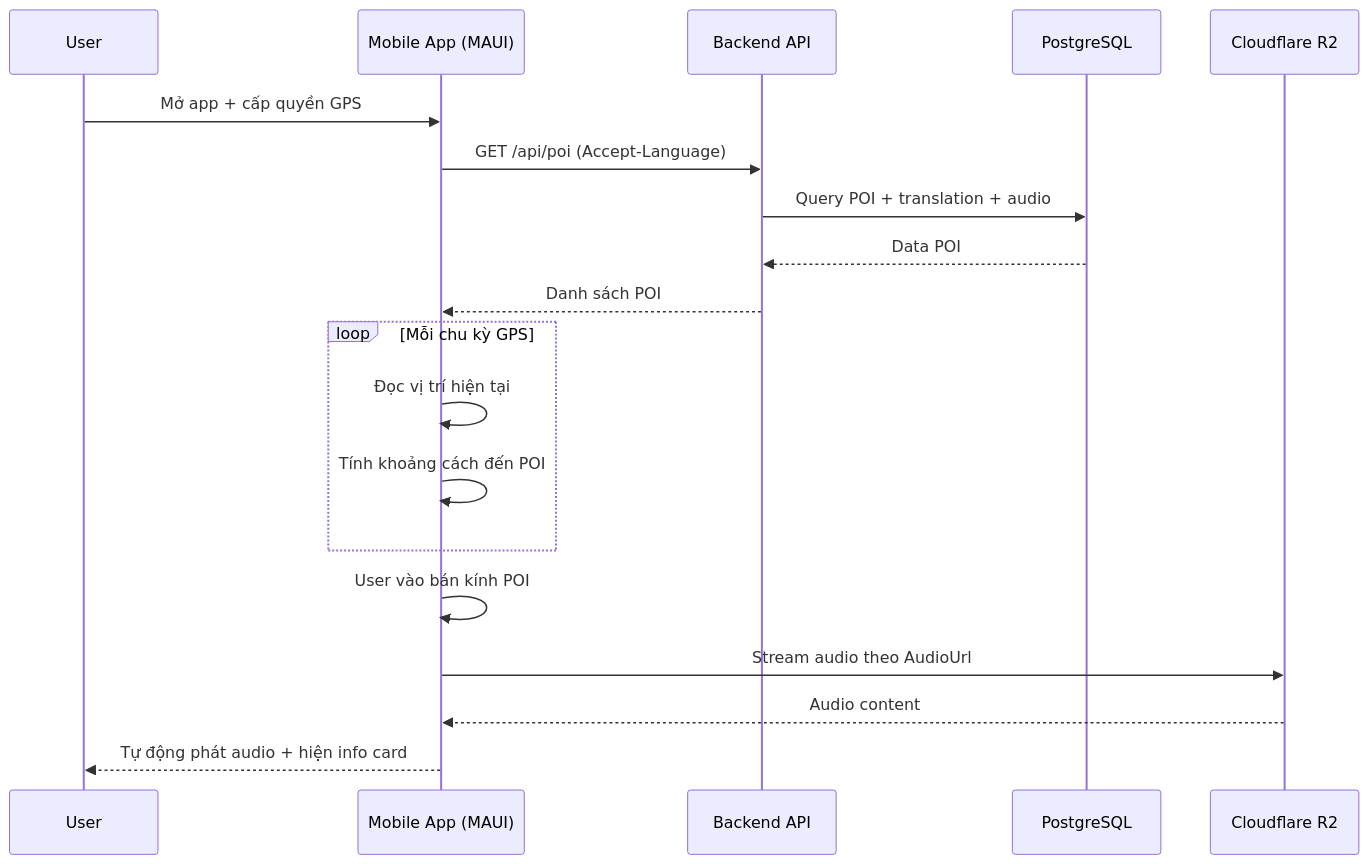
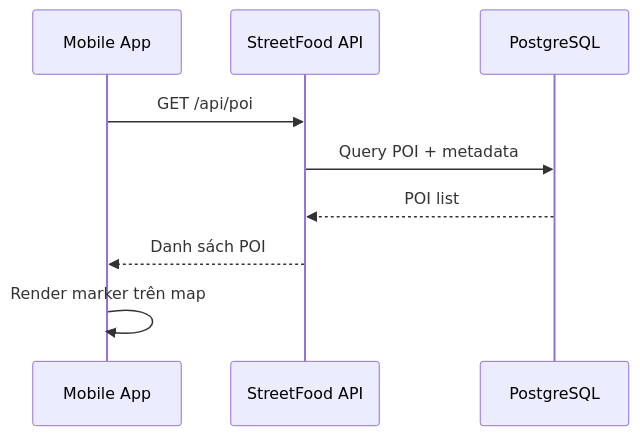
The eighth of 46 diagrams in prd.md (NguyenPhuc-Du/StreetFood), drawn with Mermaid before and after one commit. The commit also changed other lines of this file and 1 other file, not shown here.

````diff
--- a/prd.md
+++ b/prd.md
@@ -694,24 +747,11 @@
 ```mermaid
 sequenceDiagram
-    participant U as User
-    participant M as Mobile App (MAUI)
-    participant API as Backend API
+    participant M as Mobile App
+    participant API as StreetFood API
     participant DB as PostgreSQL
-    participant R2 as Cloudflare R2
-
-    U->>M: Mở app + cấp quyền GPS
-    M->>API: GET /api/poi (Accept-Language)
-    API->>DB: Query POI + translation + audio
-    DB-->>API: Data POI
+    M->>API: GET /api/poi
+    API->>DB: Query POI + metadata
+    DB-->>API: POI list
     API-->>M: Danh sách POI
-
-    loop Mỗi chu kỳ GPS
-      M->>M: Đọc vị trí hiện tại
-      M->>M: Tính khoảng cách đến POI
-    end
-
-    M->>M: User vào bán kính POI
-    M->>R2: Stream audio theo AudioUrl
-    R2-->>M: Audio content
-    M-->>U: Tự động phát audio + hiện info card
+    M->>M: Render marker trên map
 ```
````
